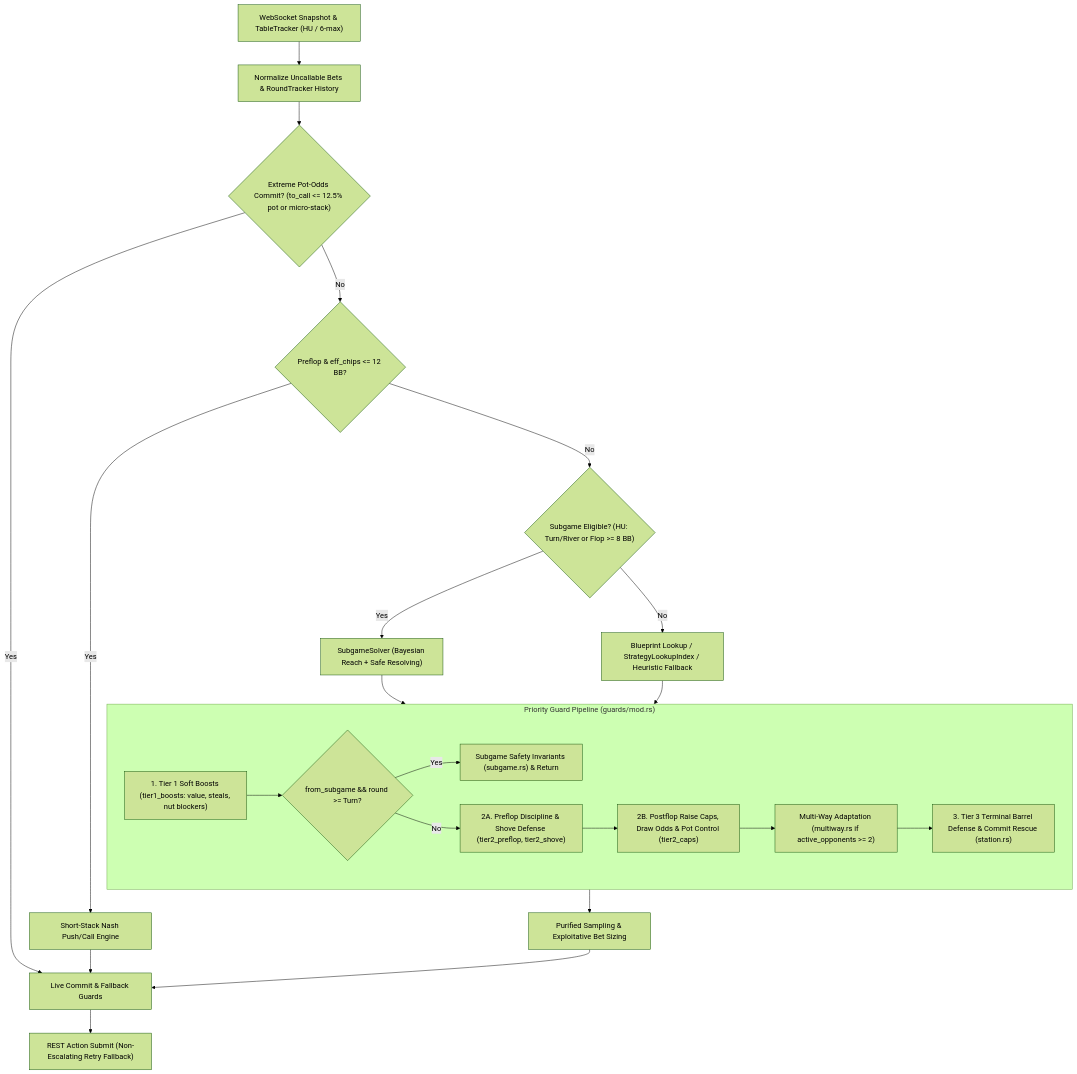
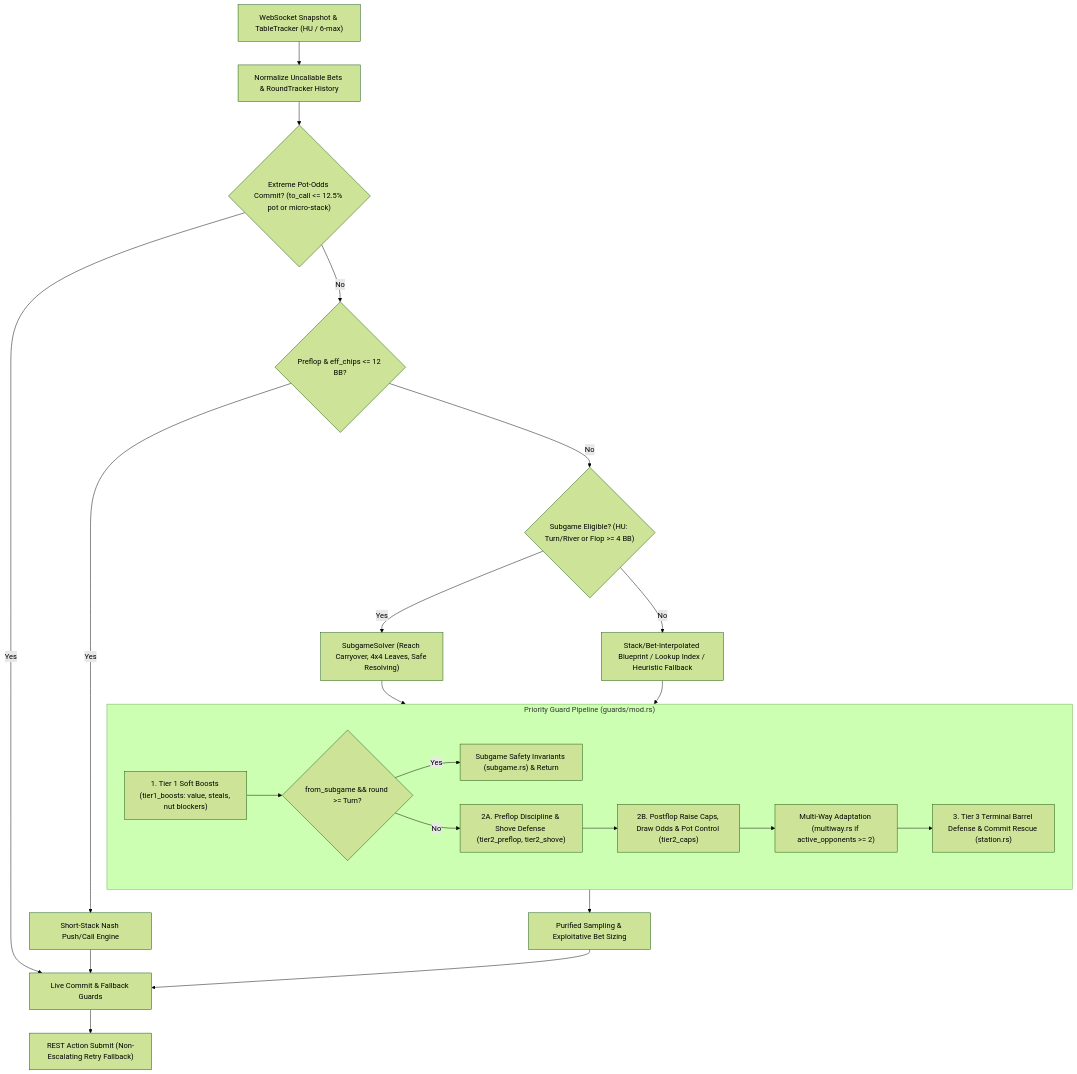
Before and after one commit to LilRaime/lil-poker-mccfr: the second of 2 diagrams in docs/architecture.md, drawn with Mermaid (forest theme). The commit also changed other lines of this file and 54 other files, not shown here.

Commit message:
feat(cfr,subgame,live): extended 112-bucket abstraction, 4x4 continuation leaves, reach carryover, and round-robin Elo

````diff
--- a/docs/architecture.md
+++ b/docs/architecture.md
@@ -43,23 +43,23 @@
 ```mermaid
 flowchart TD
     WS["WebSocket Snapshot & TableTracker (HU / 6-max)"] --> Norm["Normalize Uncallable Bets & RoundTracker History"]
     Norm --> Rescue{"Extreme Pot-Odds Commit? (to_call <= 12.5% pot or micro-stack)"}
     Rescue -- Yes --> ExecCommit["Live Commit & Fallback Guards"]
     Rescue -- No --> Nash{"Preflop & eff_chips <= 12 BB?"}
     Nash -- Yes --> ShortStack["Short-Stack Nash Push/Call Engine"] --> ExecCommit
-    Nash -- No --> Source{"Subgame Eligible? (HU: Turn/River or Flop >= 8 BB)"}
-    Source -- Yes --> Subgame["SubgameSolver (Bayesian Reach + Safe Resolving)"] --> Guards
-    Source -- No --> Blueprint["Blueprint Lookup / StrategyLookupIndex / Heuristic Fallback"] --> Guards
+    Nash -- No --> Source{"Subgame Eligible? (HU: Turn/River or Flop >= 4 BB)"}
+    Source -- Yes --> Subgame["SubgameSolver (Reach Carryover, 4x4 Leaves, Safe Resolving)"] --> Guards
+    Source -- No --> Blueprint["Stack/Bet-Interpolated Blueprint / Lookup Index / Heuristic Fallback"] --> Guards
 
     subgraph Guards["Priority Guard Pipeline (guards/mod.rs)"]
         G1["1. Tier 1 Soft Boosts (tier1_boosts: value, steals, nut blockers)"] --> G2{"from_subgame && round >= Turn?"}
         G2 -- Yes --> GS["Subgame Safety Invariants (subgame.rs) & Return"]
         G2 -- No --> G3["2A. Preflop Discipline & Shove Defense (tier2_preflop, tier2_shove)"]
         G3 --> G4["2B. Postflop Raise Caps, Draw Odds & Pot Control (tier2_caps)"]
         G4 --> G5["Multi-Way Adaptation (multiway.rs if active_opponents >= 2)"]
         G5 --> G6["3. Tier 3 Terminal Barrel Defense & Commit Rescue (station.rs)"]
     end
 
     Guards --> Policy["Purified Sampling & Exploitative Bet Sizing"] --> ExecCommit
     ExecCommit --> Submit["REST Action Submit (Non-Escalating Retry Fallback)"]
 ```
````
